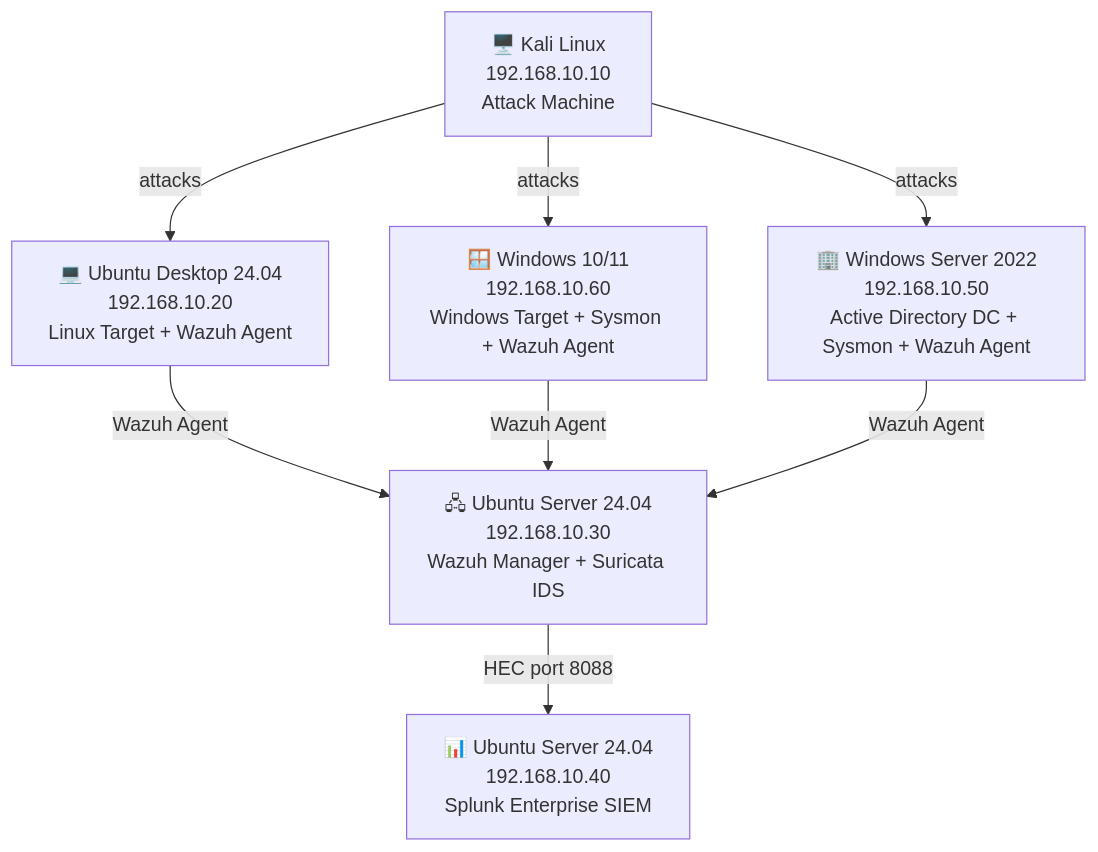
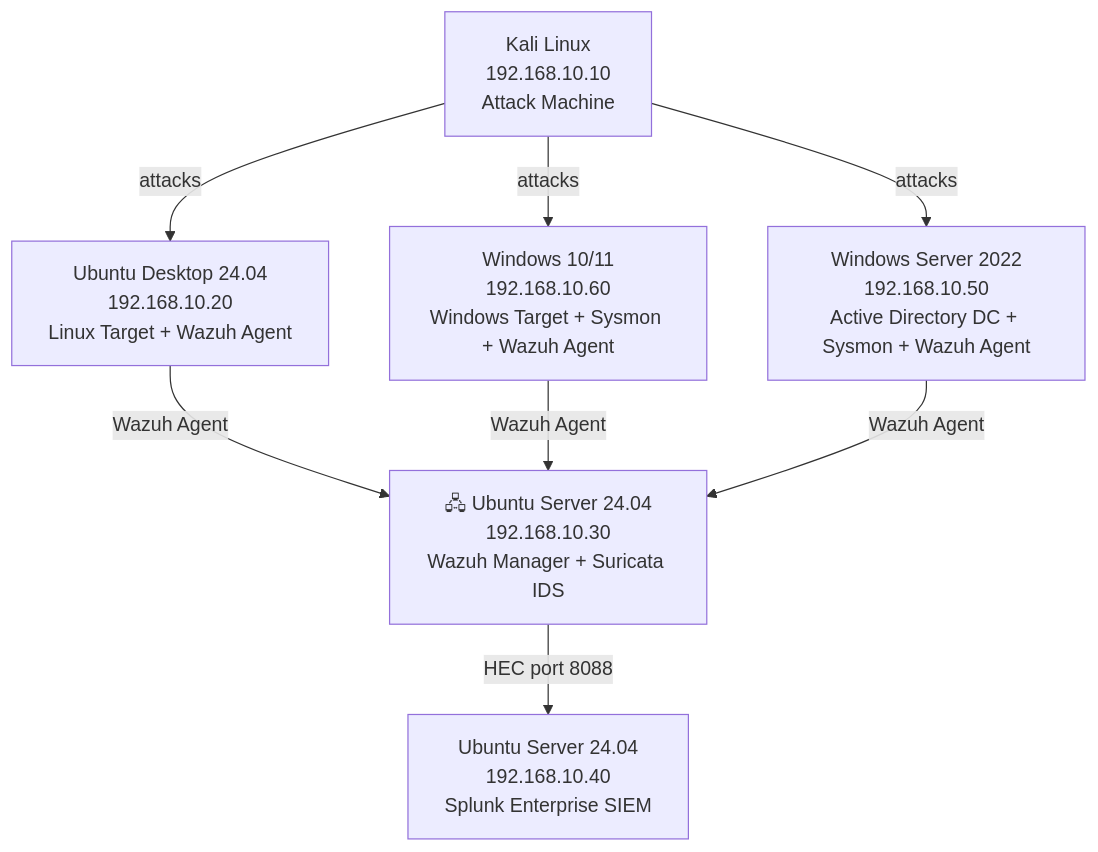
One commit to DanielBandarica02/SOC-HomeLab changed the first of 2 diagrams in README.md. Above: the diagram before and after it, drawn with Mermaid.

````diff
--- a/README.md
+++ b/README.md
@@ -15,10 +15,10 @@
 ```mermaid
 flowchart TD
-    A["🖥️ Kali Linux\n192.168.10.10\nAttack Machine"] -->|"attacks"| B["💻 Ubuntu Desktop 24.04\n192.168.10.20\nLinux Target + Wazuh Agent"]
-    A -->|"attacks"| E["🪟 Windows 10/11\n192.168.10.60\nWindows Target + Sysmon + Wazuh Agent"]
-    A -->|"attacks"| F["🏢 Windows Server 2022\n192.168.10.50\nActive Directory DC + Sysmon + Wazuh Agent"]
+    A[" Kali Linux\n192.168.10.10\nAttack Machine"] -->|"attacks"| B[" Ubuntu Desktop 24.04\n192.168.10.20\nLinux Target + Wazuh Agent"]
+    A -->|"attacks"| E[" Windows 10/11\n192.168.10.60\nWindows Target + Sysmon + Wazuh Agent"]
+    A -->|"attacks"| F[" Windows Server 2022\n192.168.10.50\nActive Directory DC + Sysmon + Wazuh Agent"]
     B -->|"Wazuh Agent"| C["🖧 Ubuntu Server 24.04\n192.168.10.30\nWazuh Manager + Suricata IDS"]
     E -->|"Wazuh Agent"| C
     F -->|"Wazuh Agent"| C
-    C -->|"HEC port 8088"| D["📊 Ubuntu Server 24.04\n192.168.10.40\nSplunk Enterprise SIEM"]
+    C -->|"HEC port 8088"| D[" Ubuntu Server 24.04\n192.168.10.40\nSplunk Enterprise SIEM"]
 ```
````
